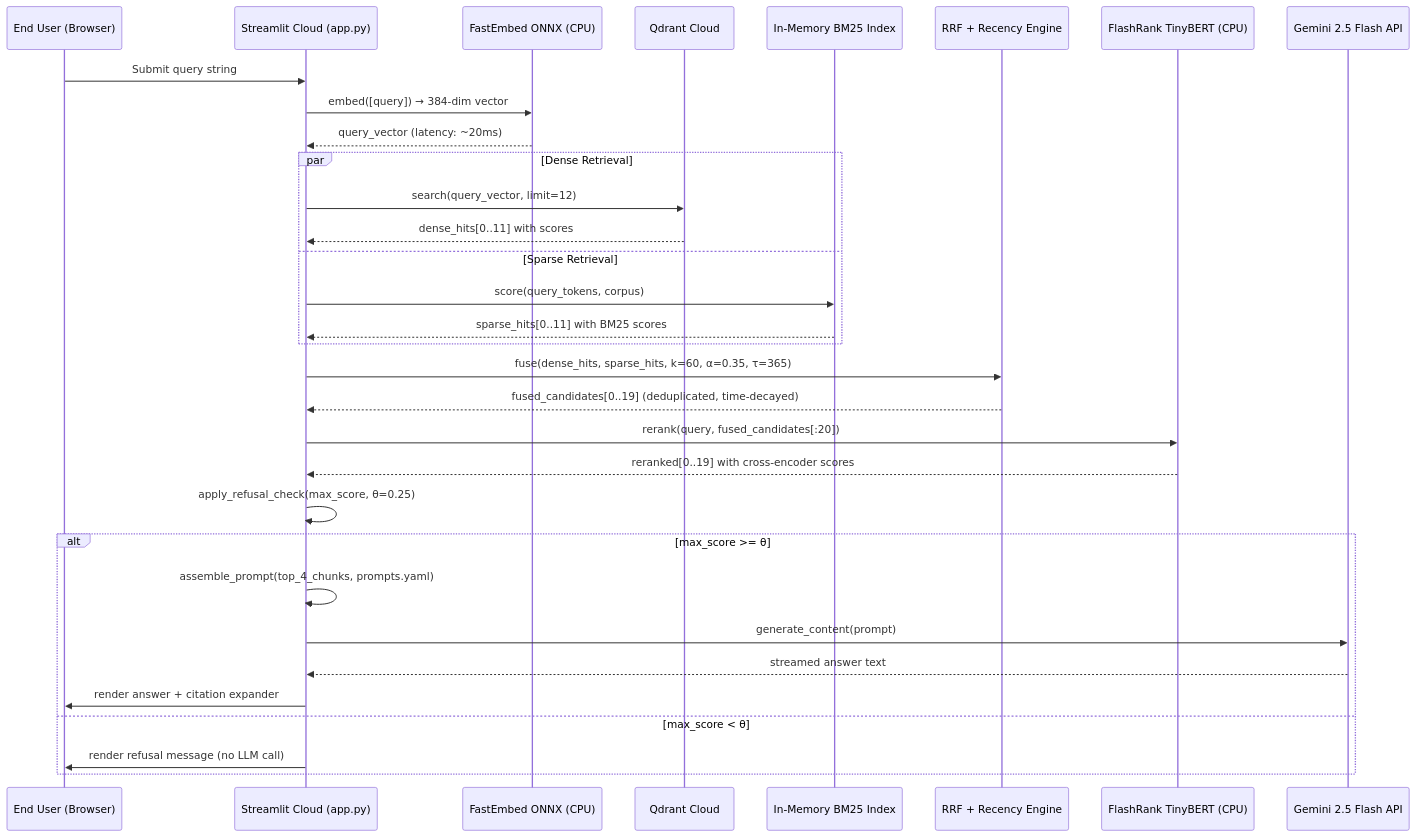
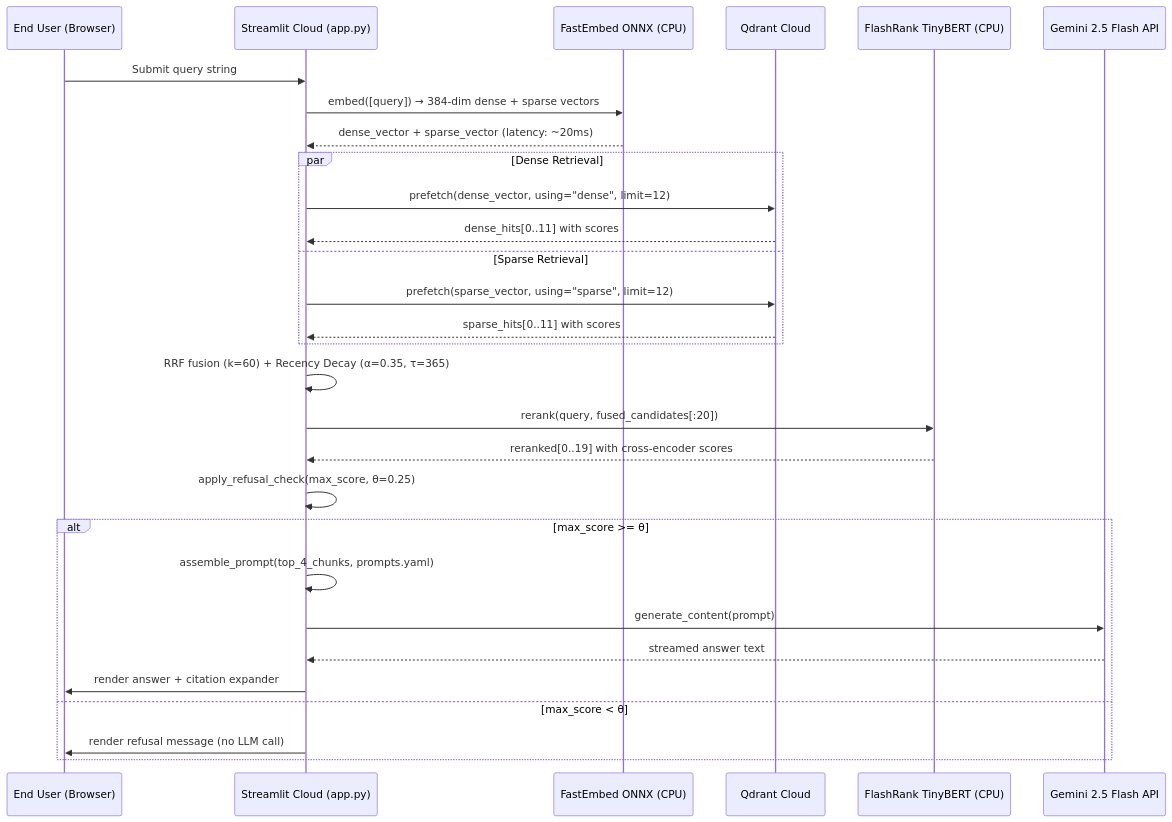
One commit to swaritbkp/wealth-chronicle-rag changed the second of 2 diagrams in mdfiles/TECH_SPEC.md. Above: the diagram before and after it, drawn with Mermaid. The commit also changed other lines of this file and 4 other files, not shown here.

Commit message:
feat(storage): migrate to Qdrant native sparse vectors (BM42) for zero-memory hybrid search

````diff
--- a/mdfiles/TECH_SPEC.md
+++ b/mdfiles/TECH_SPEC.md
@@ -61,39 +61,35 @@
 ```mermaid
 sequenceDiagram
     participant User as End User (Browser)
     participant ST as Streamlit Cloud (app.py)
     participant FE as FastEmbed ONNX (CPU)
     participant QD as Qdrant Cloud
-    participant BM25 as In-Memory BM25 Index
-    participant RRF as RRF + Recency Engine
     participant FR as FlashRank TinyBERT (CPU)
     participant Gemini as Gemini 2.5 Flash API
 
     User->>ST: Submit query string
-    ST->>FE: embed([query]) → 384-dim vector
-    FE-->>ST: query_vector (latency: ~20ms)
+    ST->>FE: embed([query]) → 384-dim dense + sparse vectors
+    FE-->>ST: dense_vector + sparse_vector (latency: ~20ms)
 
     par Dense Retrieval
-        ST->>QD: search(query_vector, limit=12)
+        ST->>QD: prefetch(dense_vector, using="dense", limit=12)
         QD-->>ST: dense_hits[0..11] with scores
     and Sparse Retrieval
-        ST->>BM25: score(query_tokens, corpus)
-        BM25-->>ST: sparse_hits[0..11] with BM25 scores
+        ST->>QD: prefetch(sparse_vector, using="sparse", limit=12)
+        QD-->>ST: sparse_hits[0..11] with scores
     end
 
-    ST->>RRF: fuse(dense_hits, sparse_hits, k=60, α=0.35, τ=365)
-    RRF-->>ST: fused_candidates[0..19] (deduplicated, time-decayed)
-
+    ST->>ST: RRF fusion (k=60) + Recency Decay (α=0.35, τ=365)
     ST->>FR: rerank(query, fused_candidates[:20])
     FR-->>ST: reranked[0..19] with cross-encoder scores
 
     ST->>ST: apply_refusal_check(max_score, θ=0.25)
     alt max_score >= θ
         ST->>ST: assemble_prompt(top_4_chunks, prompts.yaml)
         ST->>Gemini: generate_content(prompt)
         Gemini-->>ST: streamed answer text
         ST->>User: render answer + citation expander
     else max_score < θ
         ST->>User: render refusal message (no LLM call)
     end
 ```
````
